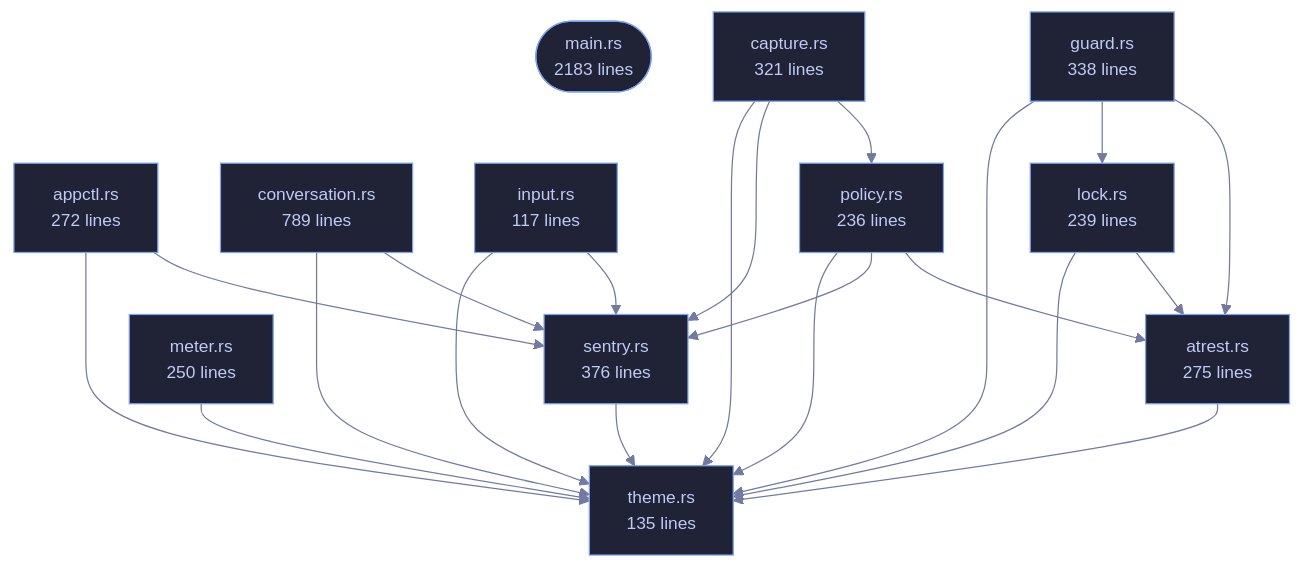
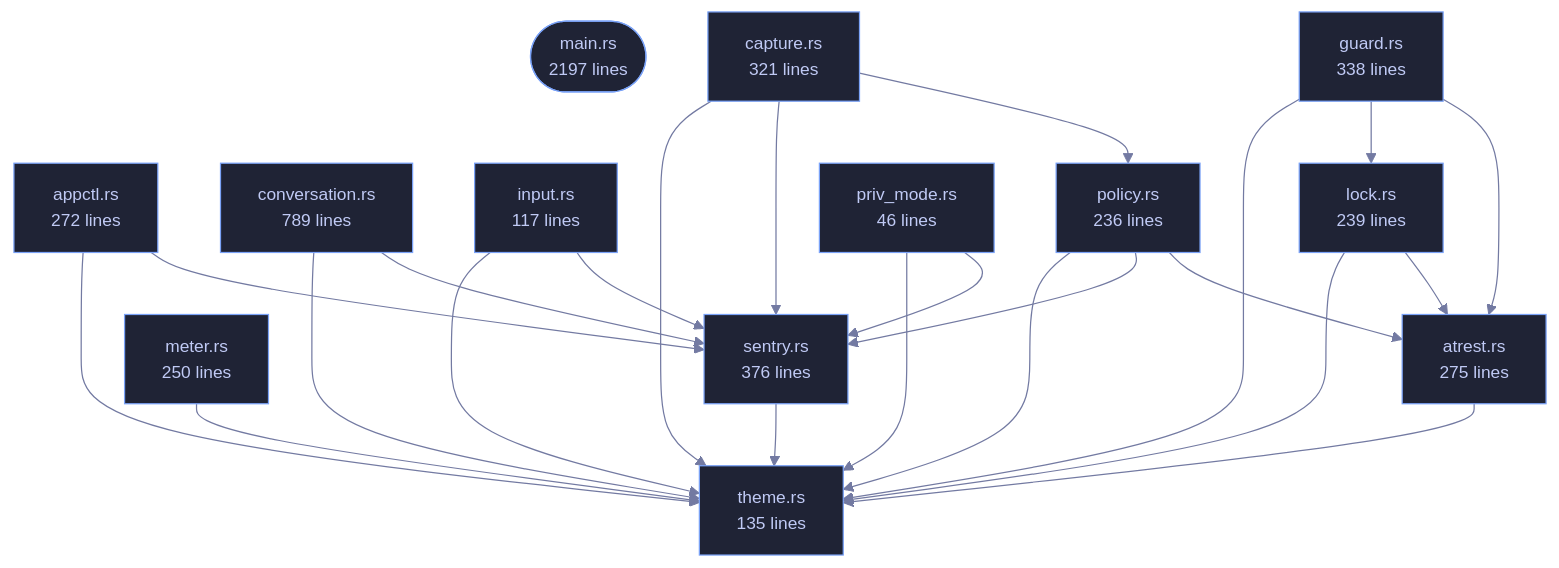
Before and after one commit to tilas01/veilvoice: the diagram in crates/veilvoice-cli/README.md, drawn with Mermaid. The commit also changed other lines of this file and 42 other files, not shown here.

````diff
--- a/crates/veilvoice-cli/README.md
+++ b/crates/veilvoice-cli/README.md
@@ -110,48 +110,52 @@
 ```mermaid
 %%{init: {"theme":"base","themeVariables":{"background":"#1a1b26","primaryColor":"#1f2335","primaryTextColor":"#c0caf5","primaryBorderColor":"#7aa2f7","secondaryColor":"#16161e","tertiaryColor":"#16161e","lineColor":"#737aa2","textColor":"#c0caf5","mainBkg":"#1f2335","nodeBorder":"#7aa2f7","clusterBkg":"#16161e","clusterBorder":"#2f3549","fontFamily":"ui-monospace, SFMono-Regular, Consolas, monospace","fontSize":"14px"}}}%%
 flowchart TD
-    n_main(["main.rs<br/>2183 lines"])
+    n_main(["main.rs<br/>2197 lines"])
     n_appctl["appctl.rs<br/>272 lines"]
     n_atrest["atrest.rs<br/>275 lines"]
     n_capture["capture.rs<br/>321 lines"]
     n_conversation["conversation.rs<br/>789 lines"]
     n_guard["guard.rs<br/>338 lines"]
     n_input["input.rs<br/>117 lines"]
     n_lock["lock.rs<br/>239 lines"]
     n_meter["meter.rs<br/>250 lines"]
     n_policy["policy.rs<br/>236 lines"]
+    n_priv_mode["priv_mode.rs<br/>46 lines"]
     n_sentry["sentry.rs<br/>376 lines"]
     n_theme["theme.rs<br/>135 lines"]
     n_appctl --> n_sentry
     n_appctl --> n_theme
     n_atrest --> n_theme
     n_capture --> n_policy
     n_capture --> n_sentry
     n_capture --> n_theme
     n_conversation --> n_sentry
     n_conversation --> n_theme
     n_guard --> n_atrest
     n_guard --> n_lock
     n_guard --> n_theme
     n_input --> n_sentry
     n_input --> n_theme
     n_lock --> n_atrest
     n_lock --> n_theme
     n_meter --> n_theme
     n_policy --> n_atrest
     n_policy --> n_sentry
     n_policy --> n_theme
+    n_priv_mode --> n_sentry
+    n_priv_mode --> n_theme
     n_sentry --> n_theme
     click n_main href "https://github.com/tilas01/veilvoice/blob/main/crates/veilvoice-cli/src/main.rs" "open the source"
     click n_appctl href "https://github.com/tilas01/veilvoice/blob/main/crates/veilvoice-cli/src/appctl.rs" "open the source"
     click n_atrest href "https://github.com/tilas01/veilvoice/blob/main/crates/veilvoice-cli/src/atrest.rs" "open the source"
     click n_capture href "https://github.com/tilas01/veilvoice/blob/main/crates/veilvoice-cli/src/capture.rs" "open the source"
     click n_conversation href "https://github.com/tilas01/veilvoice/blob/main/crates/veilvoice-cli/src/conversation.rs" "open the source"
     click n_guard href "https://github.com/tilas01/veilvoice/blob/main/crates/veilvoice-cli/src/guard.rs" "open the source"
     click n_input href "https://github.com/tilas01/veilvoice/blob/main/crates/veilvoice-cli/src/input.rs" "open the source"
     click n_lock href "https://github.com/tilas01/veilvoice/blob/main/crates/veilvoice-cli/src/lock.rs" "open the source"
     click n_meter href "https://github.com/tilas01/veilvoice/blob/main/crates/veilvoice-cli/src/meter.rs" "open the source"
     click n_policy href "https://github.com/tilas01/veilvoice/blob/main/crates/veilvoice-cli/src/policy.rs" "open the source"
+    click n_priv_mode href "https://github.com/tilas01/veilvoice/blob/main/crates/veilvoice-cli/src/priv_mode.rs" "open the source"
     click n_sentry href "https://github.com/tilas01/veilvoice/blob/main/crates/veilvoice-cli/src/sentry.rs" "open the source"
     click n_theme href "https://github.com/tilas01/veilvoice/blob/main/crates/veilvoice-cli/src/theme.rs" "open the source"
 ```
````
